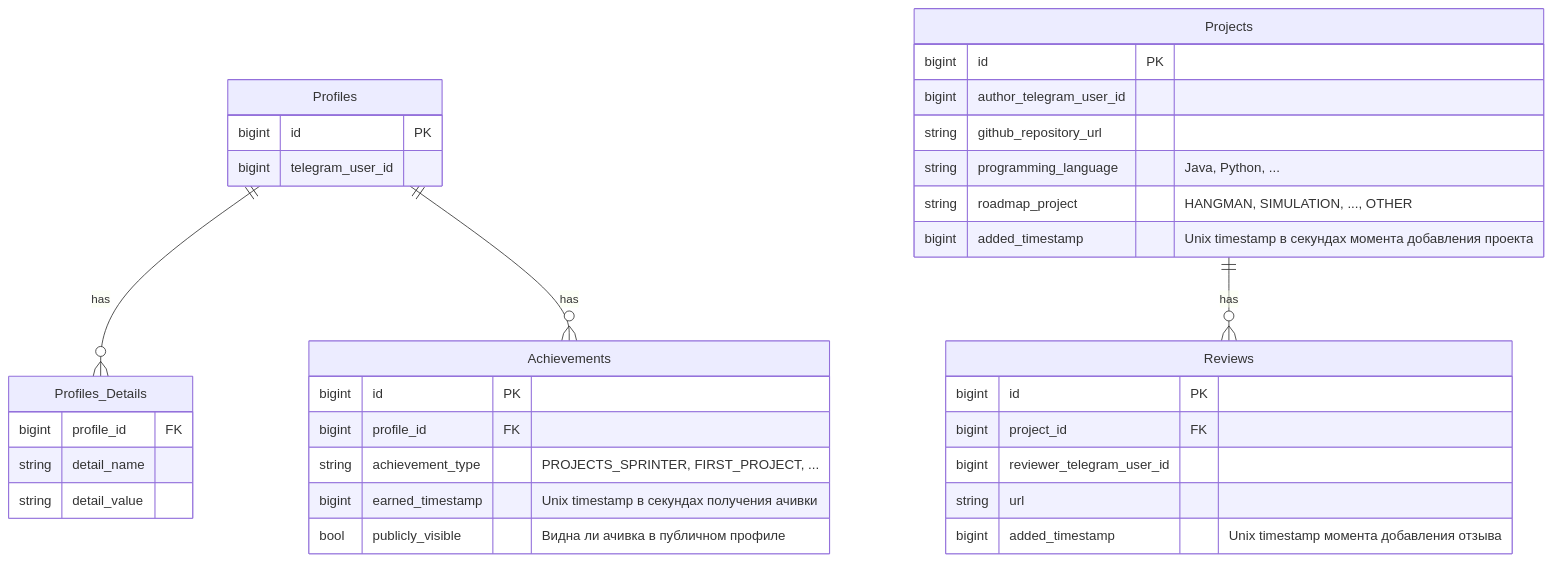
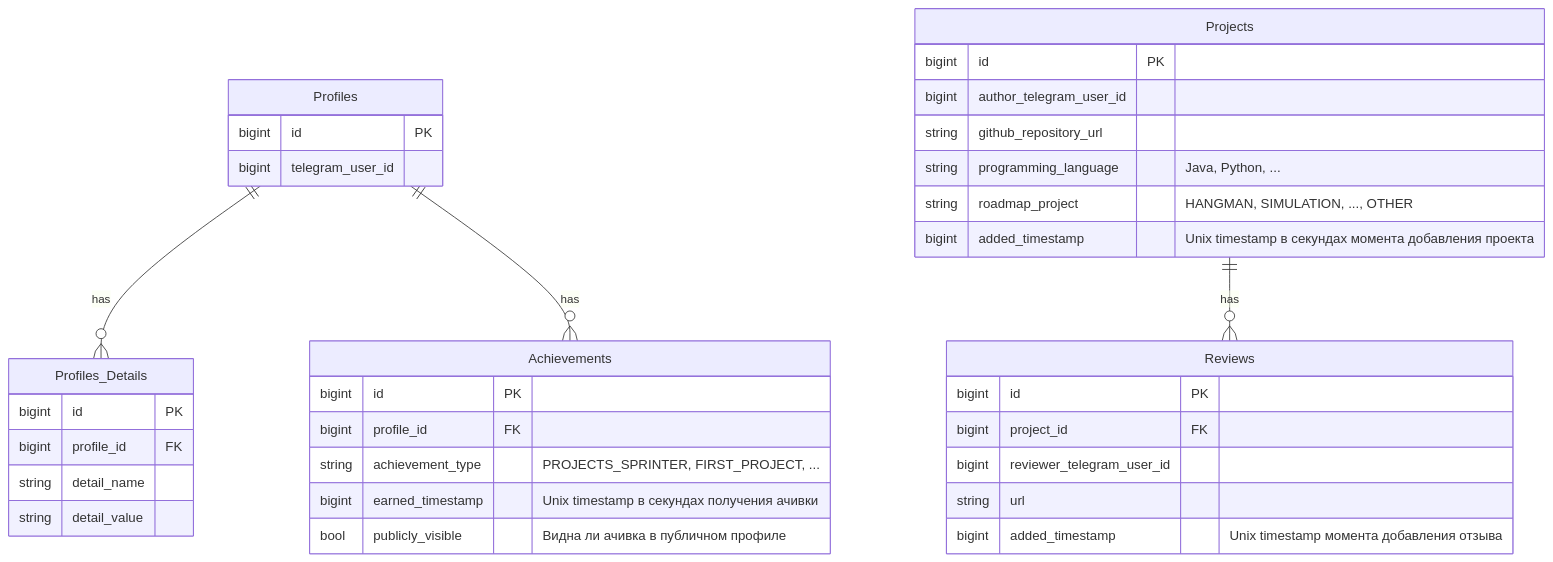
Before and after one commit to it-mentor-community-platform/meta: the diagram in system-analytics/services/profile-service/index.md, drawn with Mermaid.

Commit message:
system-analytics profile-service: add primary key to Profiles_Details table

````diff
--- a/system-analytics/services/profile-service/index.md
+++ b/system-analytics/services/profile-service/index.md
@@ -18,42 +18,43 @@
 ```mermaid
 erDiagram
     Profiles {
         bigint id PK
         bigint telegram_user_id
     }
 
     Profiles_Details {
+        bigint id PK
         bigint profile_id FK
         string detail_name
         string detail_value
     }
 
     Achievements {
         bigint id PK
         bigint profile_id FK
         string achievement_type "PROJECTS_SPRINTER, FIRST_PROJECT, ..."
         bigint earned_timestamp "Unix timestamp в секундах получения ачивки"
         bool publicly_visible "Видна ли ачивка в публичном профиле"
     }
 
     Projects {
         bigint id PK
         bigint author_telegram_user_id
         string github_repository_url
         string programming_language "Java, Python, ..."
         string roadmap_project "HANGMAN, SIMULATION, ..., OTHER"
         bigint added_timestamp "Unix timestamp в секундах момента добавления проекта"
     }
 
     Reviews {
         bigint id PK
         bigint project_id FK
         bigint reviewer_telegram_user_id
         string url
         bigint added_timestamp "Unix timestamp момента добавления отзыва"
     }
 
     Profiles ||--o{ Profiles_Details : has
     Profiles ||--o{ Achievements : has
     Projects ||--o{ Reviews : has
 ```
````
